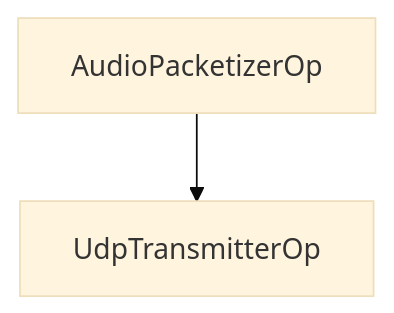
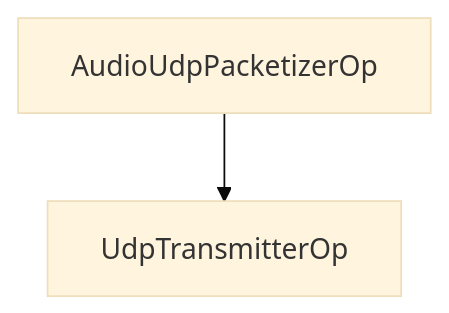
Before and after one commit to nvidia-holoscan/holoscan-sensor-bridge: the eighth of 11 diagrams in docs/user_guide/applications.mdx, drawn with Mermaid. The commit also changed other lines of this file and 1008 other files, not shown here.

````diff
--- a/docs/user_guide/applications.mdx
+++ b/docs/user_guide/applications.mdx
@@ -655,6 +734,6 @@
 ```mermaid
 %%{init: {"theme": "base", "themeVariables": { }} }%%
  
 graph
-    p[AudioPacketizerOp] --> u[UdpTransmitterOp]
+    p[AudioUdpPacketizerOp] --> u[UdpTransmitterOp]
 ```
````
